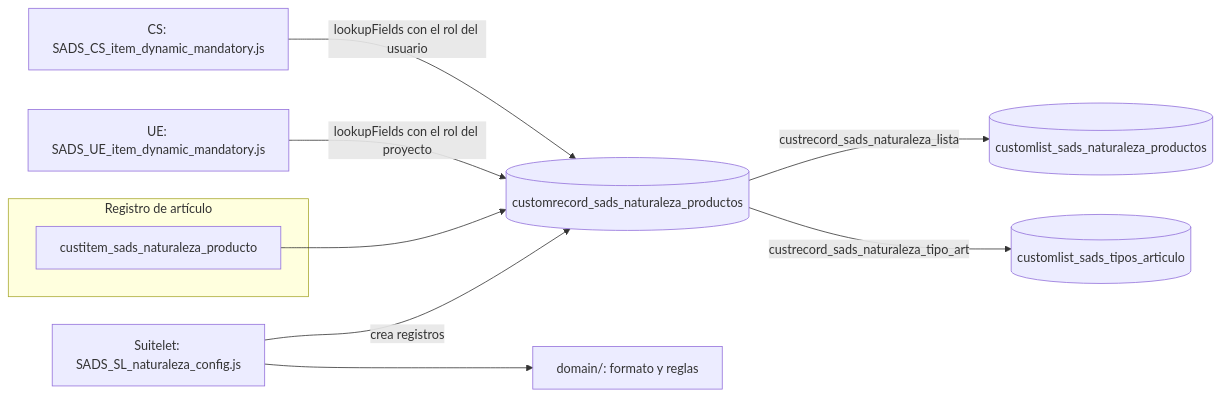
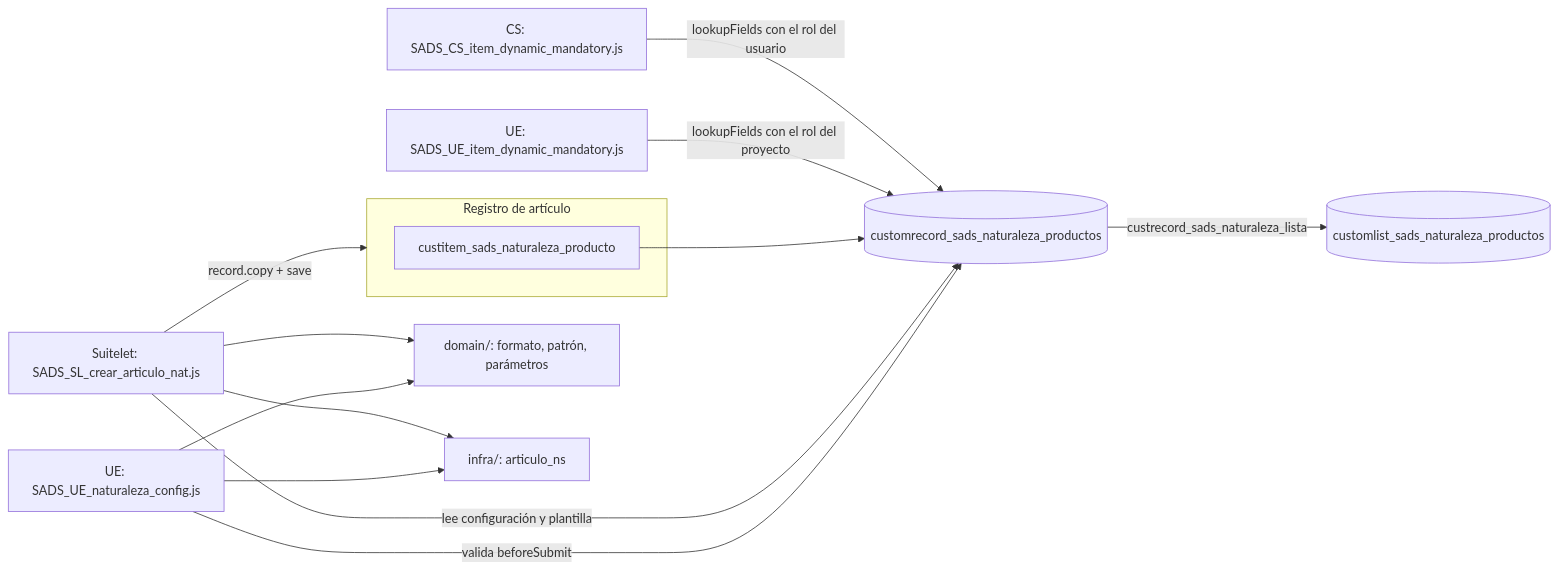
The diagram in README.md (saulkgames/Naturaleza-de-Productos), drawn with Mermaid before and after one commit. The commit also changed other lines of this file and 22 other files, not shown here.

````diff
--- a/README.md
+++ b/README.md
@@ -30,13 +38,17 @@
 ```mermaid
 flowchart LR
   subgraph Articulo["Registro de artículo"]
     G["custitem_sads_naturaleza_producto"]
   end
   CS["CS: SADS_CS_item_dynamic_mandatory.js"] -->|"lookupFields con el rol del usuario"| CR[("customrecord_sads_naturaleza_productos")]
-  UE["UE: SADS_UE_item_dynamic_mandatory.js"] -->|"lookupFields con el rol del proyecto"| CR
+  UEA["UE: SADS_UE_item_dynamic_mandatory.js"] -->|"lookupFields con el rol del proyecto"| CR
   G --> CR
-  SL["Suitelet: SADS_SL_naturaleza_config.js"] -->|"crea registros"| CR
-  SL --> DOM["domain/: formato y reglas"]
+  SL["Suitelet: SADS_SL_crear_articulo_nat.js"] -->|"lee configuración y plantilla"| CR
+  SL -->|"record.copy + save"| Articulo
+  UEC["UE: SADS_UE_naturaleza_config.js"] -->|"valida beforeSubmit"| CR
+  SL --> DOM["domain/: formato, patrón, parámetros"]
+  UEC --> DOM
+  SL --> INF["infra/: articulo_ns"]
+  UEC --> INF
   CR -->|"custrecord_sads_naturaleza_lista"| LN[("customlist_sads_naturaleza_productos")]
-  CR -->|"custrecord_sads_naturaleza_tipo_art"| LT[("customlist_sads_tipos_articulo")]
 ```
````
